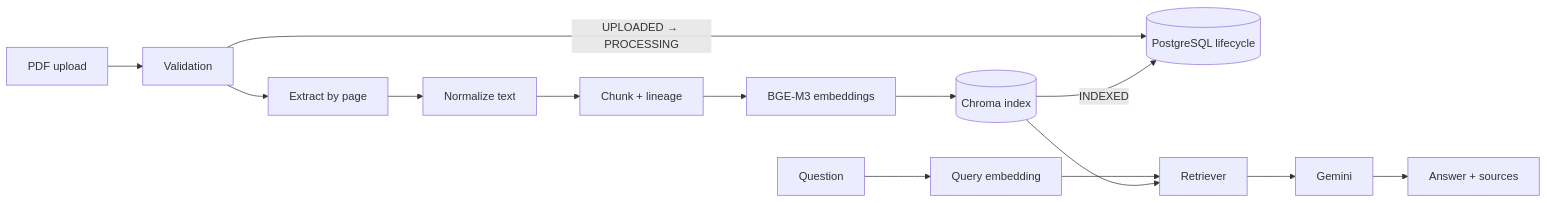
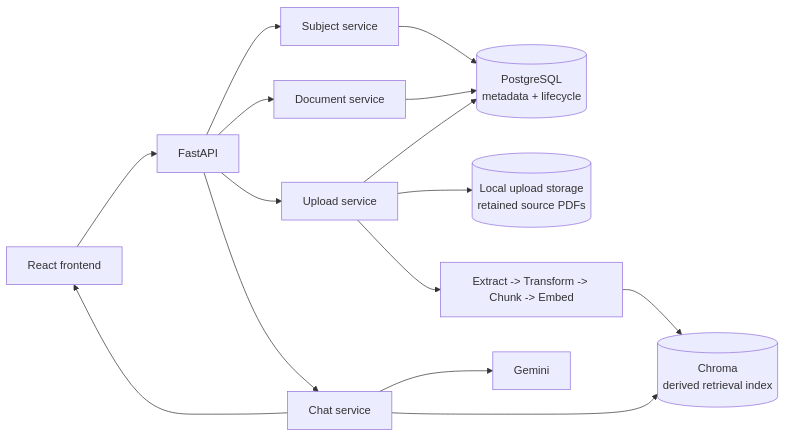
One commit to tonthatgiahuy16/CloudMentor-AI changed the diagram in README.md. Above: the diagram before and after it, drawn with Mermaid. The commit also changed other lines of this file, not shown here.

````diff
--- a/README.md
+++ b/README.md
@@ -100,17 +79,19 @@
 ```mermaid
 flowchart LR
-    U[PDF upload] --> V[Validation]
-    V -->|UPLOADED → PROCESSING| PG[(PostgreSQL lifecycle)]
-    V --> EX[Extract by page]
-    EX --> TR[Normalize text]
-    TR --> CK[Chunk + lineage]
-    CK --> EM[BGE-M3 embeddings]
-    EM --> CH[(Chroma index)]
-    CH -->|INDEXED| PG
+    UI[React frontend] --> API[FastAPI]
+    API --> SUBJECTS[Subject service]
+    API --> UPLOAD[Upload service]
+    API --> CHAT[Chat service]
+    API --> DOCS[Document service]
 
-    Q[Question] --> QE[Query embedding]
-    QE --> RT[Retriever]
-    CH --> RT
-    RT --> GM[Gemini]
-    GM --> A[Answer + sources]
+    SUBJECTS --> PG[(PostgreSQL\nmetadata + lifecycle)]
+    DOCS --> PG
+    UPLOAD --> FILES[(Local upload storage\nretained source PDFs)]
+    UPLOAD --> PIPELINE[Extract -> Transform -> Chunk -> Embed]
+    PIPELINE --> CHROMA[(Chroma\nderived retrieval index)]
+    UPLOAD --> PG
+
+    CHAT --> CHROMA
+    CHAT --> LLM[Gemini]
+    CHAT --> UI
 ```
````
